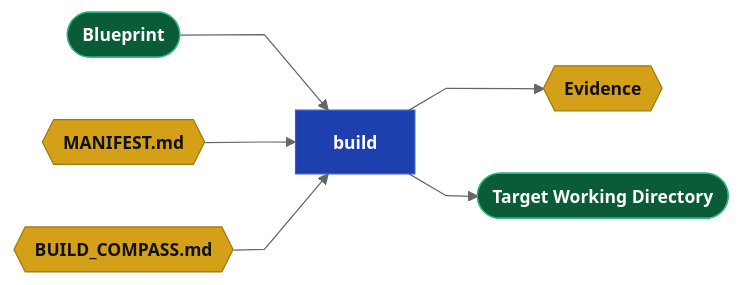
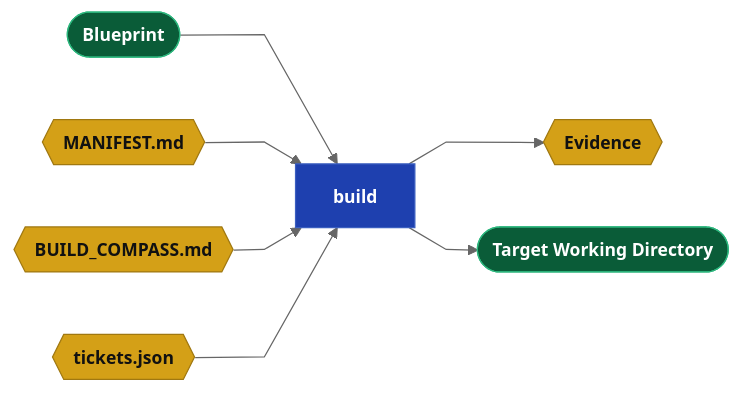
Before and after one commit to webcloudstudio/Drydock: the fourth of 8 diagrams in docs/Drydock_Specification.md, drawn with Mermaid. The commit also changed other lines of this file, not shown here.

Commit message:
Refine specification build inputs

````diff
--- a/docs/Drydock_Specification.md
+++ b/docs/Drydock_Specification.md
@@ -376,16 +376,17 @@
 ```mermaid
 %%{init: {'theme': 'neutral', 'flowchart': {'curve': 'linear'}, 'themeVariables': {'fontSize': '14px'}}}%%
 flowchart LR
   classDef dir    fill:#0a5c38,stroke:#2cb67d,color:#fff,font-weight:bold
   classDef md     fill:#d4a017,stroke:#a07810,color:#111,font-weight:bold
   classDef script fill:#1e40af,stroke:#3b5fc0,color:#fff,font-weight:bold
   classDef prompt fill:#c2410c,stroke:#ea580c,color:#fff,font-weight:bold
   classDef output fill:#6d28d9,stroke:#8b5cf6,color:#fff,font-weight:bold
   classDef web    fill:#be123c,stroke:#fb7185,color:#fff,font-weight:bold
 
   SPEC(["Blueprint"]):::dir --> BUILD["build"]:::script
   BP{{"MANIFEST.md"}}:::md --> BUILD["build"]:::script
   BCOMPASS{{"BUILD_COMPASS.md"}}:::md --> BUILD
+  TICKETS{{"tickets.json"}}:::md --> BUILD
   BUILD --> EV{{"Evidence"}}:::md
   BUILD --> TARGET(["Target Working Directory"]):::dir
 ```
````
